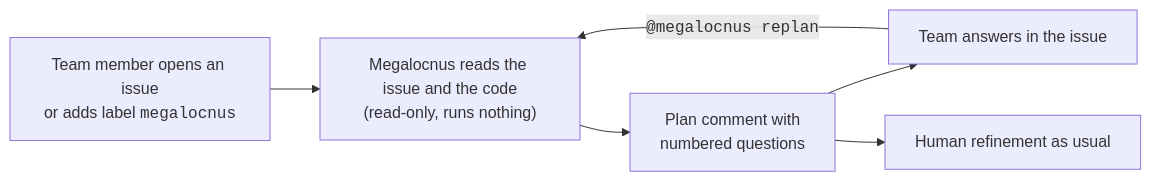
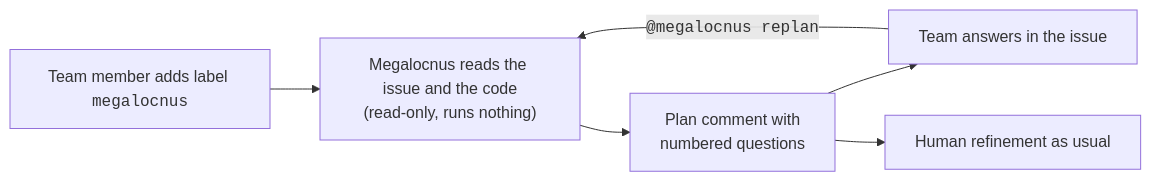
Before and after one commit to neicnordic/sensitive-data-archive: the diagram in docs/rfcs/0006-megalocnus-claude-coding-bot.md, drawn with Mermaid. The commit also changed other lines of this file, not shown here.

Commit message:
docs(rfc): align RFC-0006 with the label-only pilot implementation

````diff
--- a/docs/rfcs/0006-megalocnus-claude-coding-bot.md
+++ b/docs/rfcs/0006-megalocnus-claude-coding-bot.md
@@ -22,8 +22,8 @@
 ```mermaid
 flowchart LR
-    new["Team member opens an issue<br/>or adds label <code>megalocnus</code>"] --> bot["Megalocnus reads the issue and the code<br/>(read-only, runs nothing)"]
+    new["Team member adds label <code>megalocnus</code>"] --> bot["Megalocnus reads the issue and the code<br/>(read-only, runs nothing)"]
     bot --> plan["Plan comment with<br/>numbered questions"]
     plan --> answer["Team answers in the issue"]
     answer -- "<code>@megalocnus replan</code>" --> bot
     plan --> refinement["Human refinement as usual"]
 ```
````
